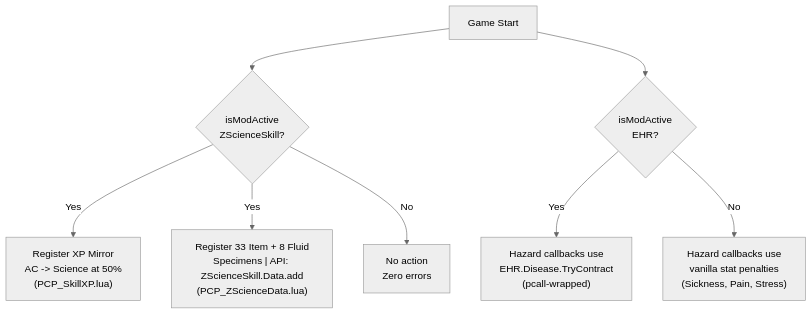
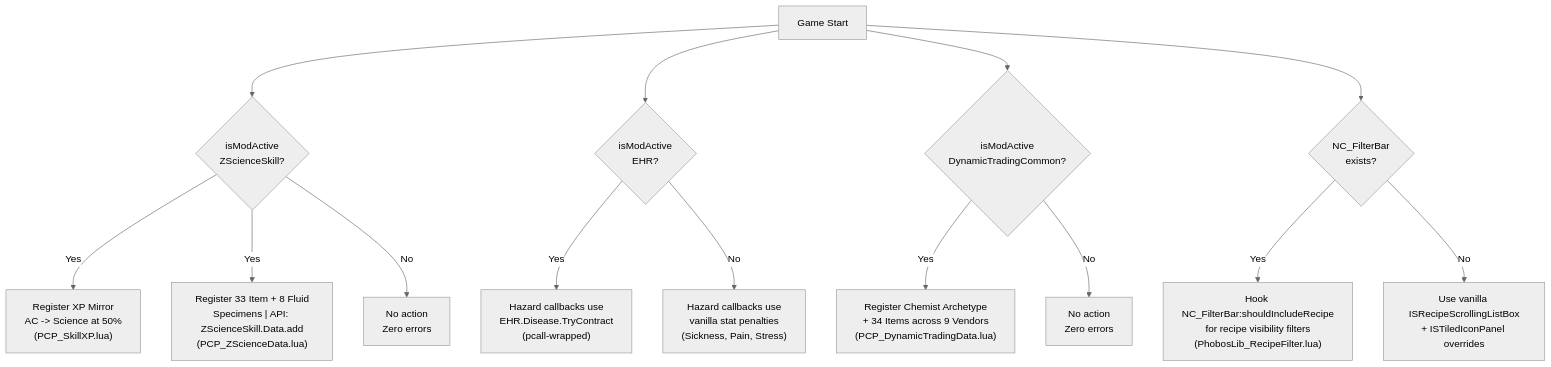
Before and after one commit to phobos-dthorga/mod-pz-chemistry-pathways: the diagram in docs/mermaid-src/crossmod-integration.mmd, drawn with Mermaid (neutral theme). The commit also changed 13 other files, not shown here.

Commit message:
docs: update documentation for v0.22.0 — changelog, README, mermaid diagrams, diagram docs, BBCode

```diff
--- a/docs/mermaid-src/crossmod-integration.mmd
+++ b/docs/mermaid-src/crossmod-integration.mmd
@@ -1,10 +1,19 @@
 graph TB
     START["Game Start"] --> CHECK_ZSS{"isModActive<br/>ZScienceSkill?"}
     START --> CHECK_EHR{"isModActive<br/>EHR?"}
 
     CHECK_ZSS -->|"Yes"| ZSS_INIT["Register XP Mirror<br/>AC -> Science at 50%<br/>(PCP_SkillXP.lua)"]
     CHECK_ZSS -->|"Yes"| ZSS_DATA["Register 33 Item + 8 Fluid<br/>Specimens | API: ZScienceSkill.Data.add<br/>(PCP_ZScienceData.lua)"]
     CHECK_ZSS -->|"No"| ZSS_SKIP["No action<br/>Zero errors"]
 
     CHECK_EHR -->|"Yes"| EHR_INIT["Hazard callbacks use<br/>EHR.Disease.TryContract<br/>(pcall-wrapped)"]
     CHECK_EHR -->|"No"| EHR_SKIP["Hazard callbacks use<br/>vanilla stat penalties<br/>(Sickness, Pain, Stress)"]
+
+    START --> CHECK_DT{"isModActive<br/>DynamicTradingCommon?"}
+    START --> CHECK_NC{"NC_FilterBar<br/>exists?"}
+
+    CHECK_DT -->|"Yes"| DT_INIT["Register Chemist Archetype<br/>+ 34 Items across 9 Vendors<br/>(PCP_DynamicTradingData.lua)"]
+    CHECK_DT -->|"No"| DT_SKIP["No action<br/>Zero errors"]
+
+    CHECK_NC -->|"Yes"| NC_INIT["Hook NC_FilterBar:shouldIncludeRecipe<br/>for recipe visibility filters<br/>(PhobosLib_RecipeFilter.lua)"]
+    CHECK_NC -->|"No"| NC_SKIP["Use vanilla ISRecipeScrollingListBox<br/>+ ISTiledIconPanel overrides"]
```
